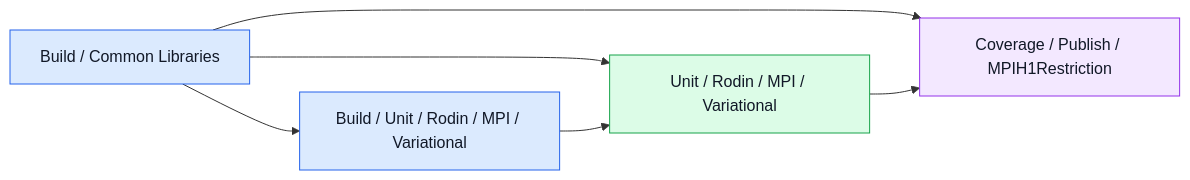
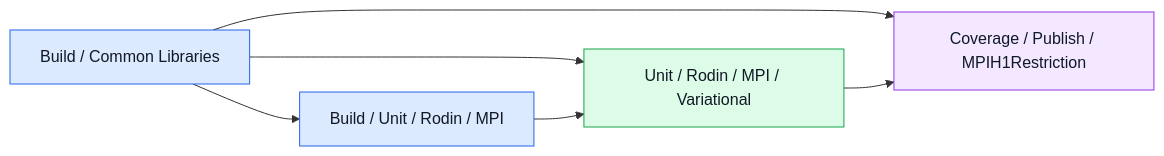
The diagram in .github/ci/graphs/mpi.md (cbritopacheco/rodin), drawn with Mermaid before and after one commit. The commit also changed 31 other files, not shown here.

````diff
--- a/.github/ci/graphs/mpi.md
+++ b/.github/ci/graphs/mpi.md
@@ -11,15 +11,15 @@
 ```mermaid
 flowchart LR
     Common["Build / Common Libraries"]:::build
-    b_ee1b4e2461083fd5["Build / Unit / Rodin / MPI / Variational"]:::build
+    b_c1bc7e84d44b7de8["Build / Unit / Rodin / MPI"]:::build
     e_3e58689d45a989fd["Unit / Rodin / MPI / Variational"]:::execution
     Publish_MPIH1Restriction["Coverage / Publish / MPIH1Restriction"]:::coverage
-    Common --> b_ee1b4e2461083fd5
+    Common --> b_c1bc7e84d44b7de8
     Common --> e_3e58689d45a989fd
-    b_ee1b4e2461083fd5 --> e_3e58689d45a989fd
+    b_c1bc7e84d44b7de8 --> e_3e58689d45a989fd
     Common --> Publish_MPIH1Restriction
     e_3e58689d45a989fd --> Publish_MPIH1Restriction
     classDef build fill:#dbeafe,stroke:#2563eb,color:#111827
     classDef execution fill:#dcfce7,stroke:#16a34a,color:#111827
     classDef coverage fill:#f3e8ff,stroke:#9333ea,color:#111827
 ```
````
